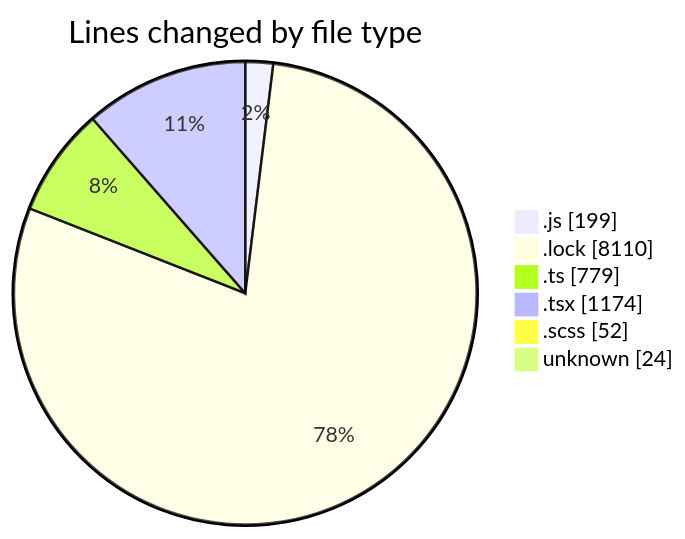
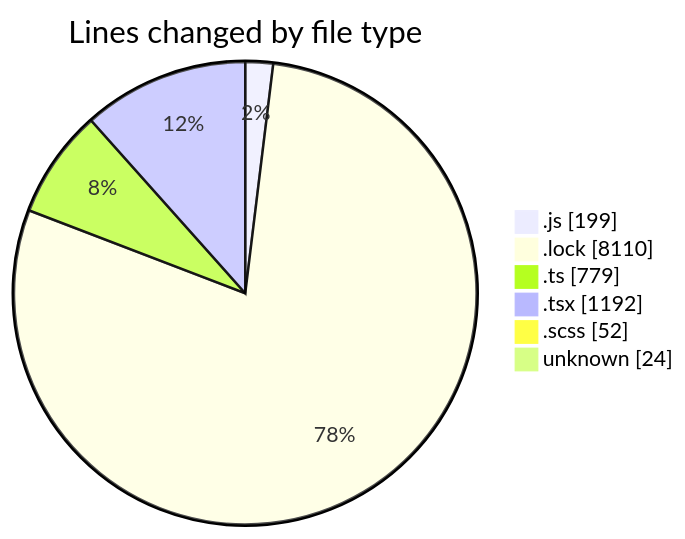
Before and after one commit to momahboobian/code-tracking: the first of 2 diagrams in 2025-02-07/cda/README.md, drawn with Mermaid. The commit also changed other lines of this file and 1 other file, not shown here.

````diff
--- a/2025-02-07/cda/README.md
+++ b/2025-02-07/cda/README.md
@@ -57,10 +57,10 @@
 ```mermaid
 pie showData
 title Lines changed by file type
 ".js" : 199
 ".lock" : 8110
 ".ts" : 779
-".tsx" : 1174
+".tsx" : 1192
 ".scss" : 52
 "unknown" : 24
 ```
````
